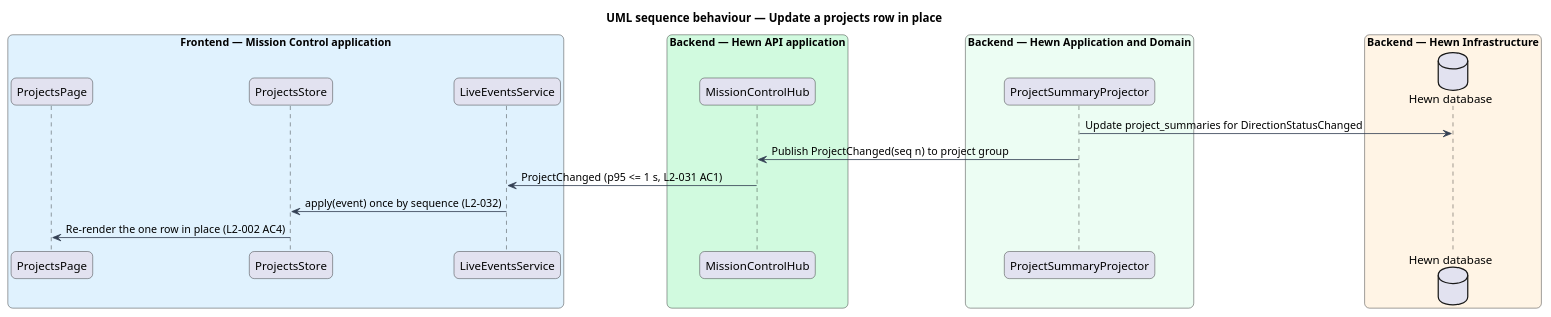
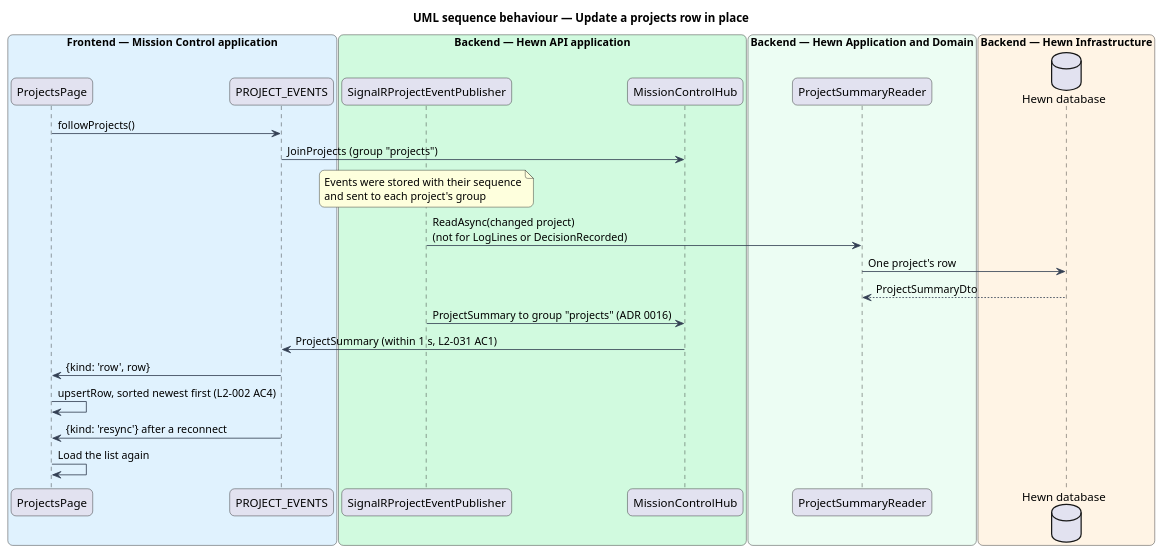
One commit to QuinntyneBrown/hewn changed the diagram in docs/detailed-designs/projects/projects-list/diagrams/sequence-live-row-update.puml. Above: the diagram before and after it, drawn with PlantUML. The commit also changed 64 other files, not shown here.

```diff
--- a/docs/detailed-designs/projects/projects-list/diagrams/sequence-live-row-update.puml
+++ b/docs/detailed-designs/projects/projects-list/diagrams/sequence-live-row-update.puml
@@ -1,37 +1,44 @@
 @startuml
 title UML sequence behaviour — Update a projects row in place
 skinparam backgroundColor #FFFFFF
 skinparam shadowing false
 skinparam roundcorner 12
 skinparam defaultFontName Arial
 skinparam ArrowColor #344054
 skinparam rectangle {
   BorderColor #344054
   FontColor #101828
 }
 skinparam package {
   BorderColor #667085
   FontColor #101828
   BackgroundColor #F9FAFB
 }
 skinparam sequenceMessageAlign left
 box "Frontend — Mission Control application" #E0F2FE
   participant "ProjectsPage" as page
-  participant "ProjectsStore" as store
-  participant "LiveEventsService" as live
+  participant "PROJECT_EVENTS" as live
 end box
 box "Backend — Hewn API application" #D1FADF
+  participant "SignalRProjectEventPublisher" as pub
   participant "MissionControlHub" as hub
 end box
 box "Backend — Hewn Application and Domain" #ECFDF3
-  participant "ProjectSummaryProjector" as proj
+  participant "ProjectSummaryReader" as reader
 end box
 box "Backend — Hewn Infrastructure" #FFF4E5
   database "Hewn database" as db
 end box
-proj -> db : Update project_summaries for DirectionStatusChanged
-proj -> hub : Publish ProjectChanged(seq n) to project group
-hub -> live : ProjectChanged (p95 <= 1 s, L2-031 AC1)
-live -> store : apply(event) once by sequence (L2-032)
-store -> page : Re-render the one row in place (L2-002 AC4)
+page -> live : followProjects()
+live -> hub : JoinProjects (group "projects")
+note over pub : Events were stored with their sequence\nand sent to each project's group
+pub -> reader : ReadAsync(changed project)\n(not for LogLines or DecisionRecorded)
+reader -> db : One project's row
+db --> reader : ProjectSummaryDto
+pub -> hub : ProjectSummary to group "projects" (ADR 0016)
+hub -> live : ProjectSummary (within 1 s, L2-031 AC1)
+live -> page : {kind: 'row', row}
+page -> page : upsertRow, sorted newest first (L2-002 AC4)
+live -> page : {kind: 'resync'} after a reconnect
+page -> page : Load the list again
 @enduml
```
